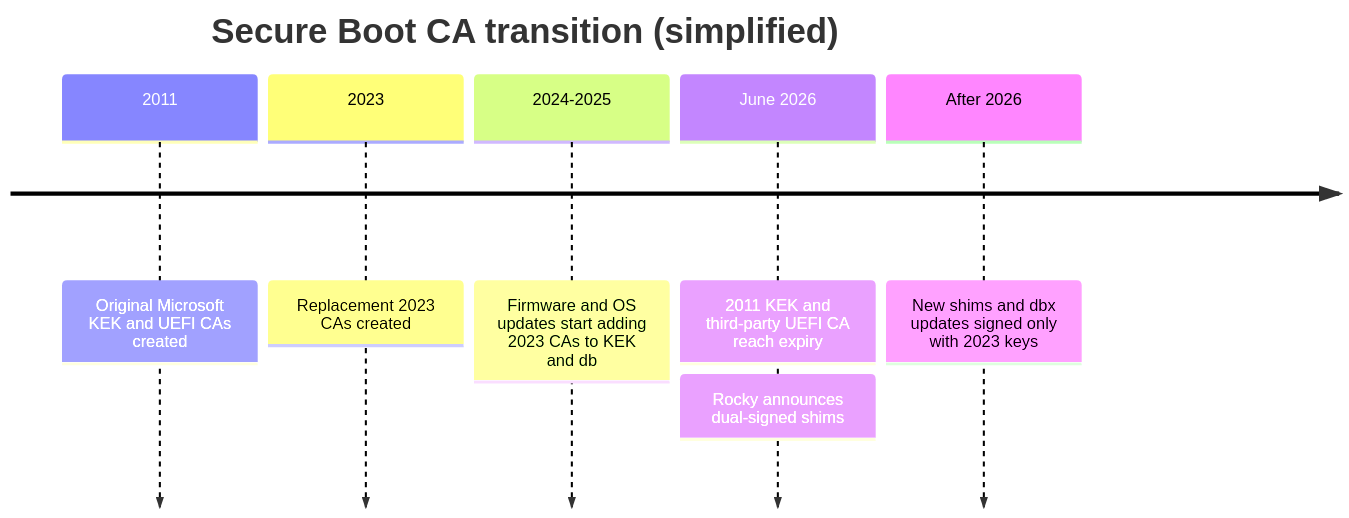
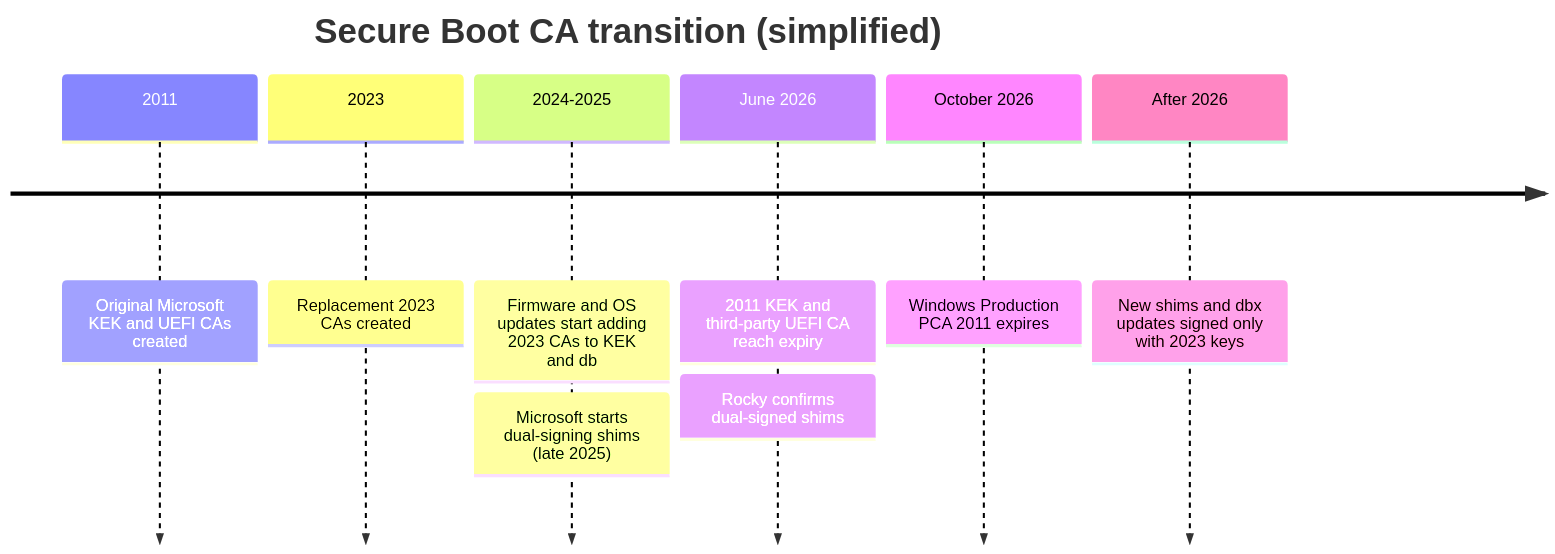
The fifth of 5 diagrams in content/29-secure-boot-and-drivers.md (ssimpson89/LinuxTrainingCourse), drawn with Mermaid before and after one commit. The commit also changed other lines of this file and 2 other files, not shown here.

````diff
--- a/content/29-secure-boot-and-drivers.md
+++ b/content/29-secure-boot-and-drivers.md
@@ -620,10 +641,12 @@
 ```mermaid
 timeline
     title Secure Boot CA transition (simplified)
     2011 : Original Microsoft KEK and UEFI CAs created
     2023 : Replacement 2023 CAs created
     2024-2025 : Firmware and OS updates start adding 2023 CAs to KEK and db
+              : Microsoft starts dual-signing shims (late 2025)
     June 2026 : 2011 KEK and third-party UEFI CA reach expiry
-    : Rocky announces dual-signed shims
+              : Rocky confirms dual-signed shims
+    October 2026 : Windows Production PCA 2011 expires
     After 2026 : New shims and dbx updates signed only with 2023 keys
 ```
````
